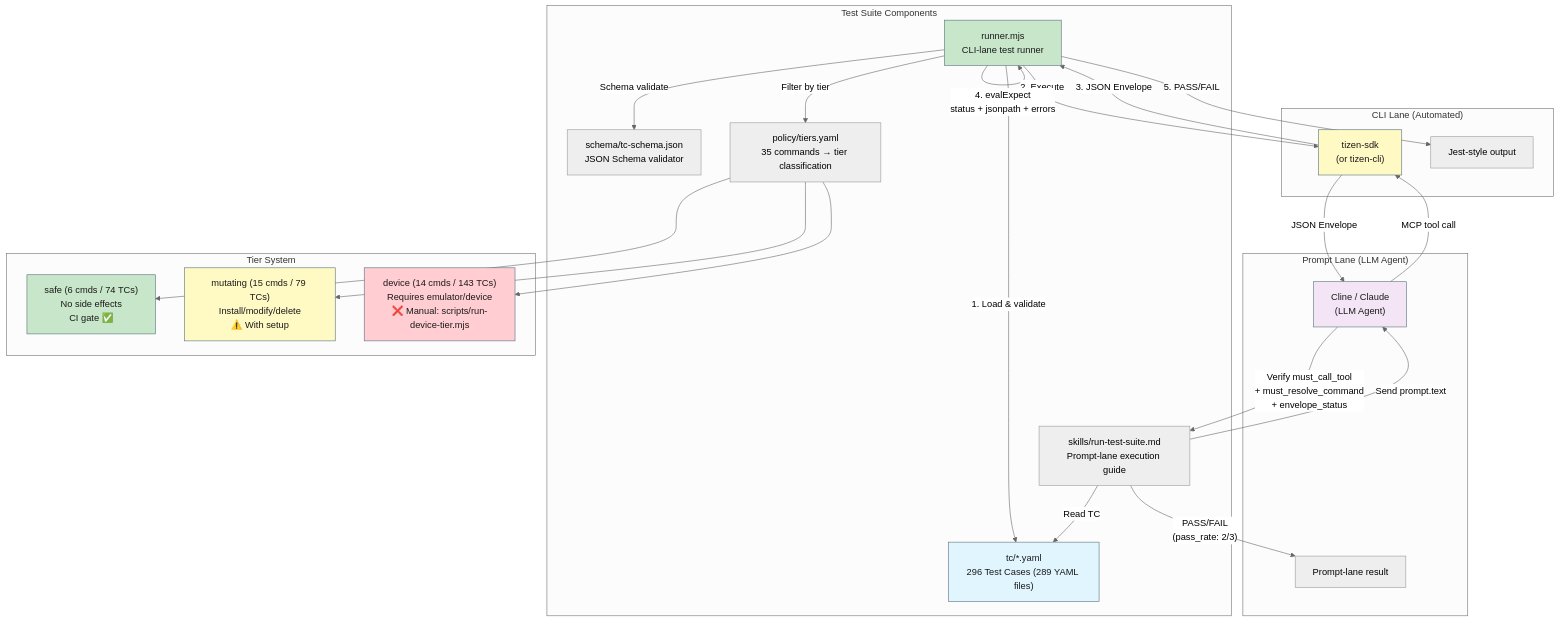
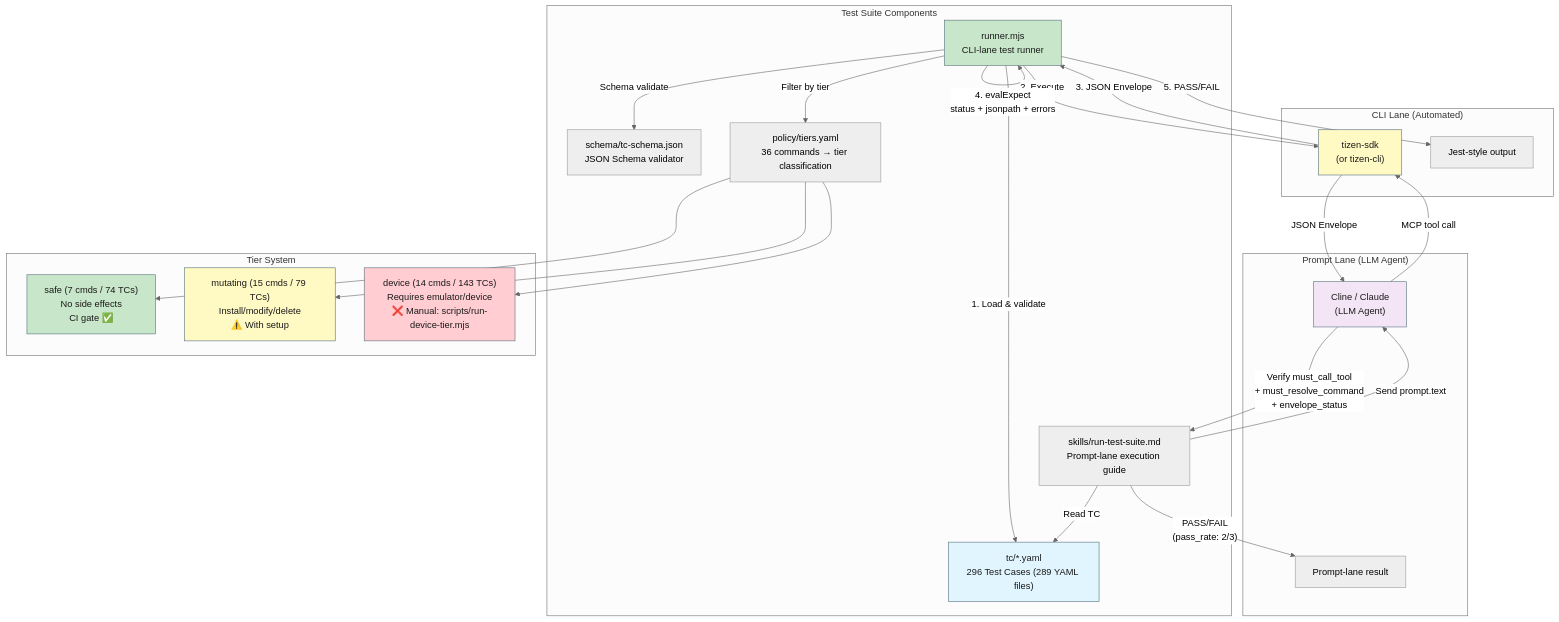
The first of 4 diagrams in tizen-sdk-skills/tests/README.md (Samsung/tizen-agent-skills), drawn with Mermaid (neutral theme) before and after one commit. The commit also changed other lines of this file and 40 other files, not shown here.

````diff
--- a/tizen-sdk-skills/tests/README.md
+++ b/tizen-sdk-skills/tests/README.md
@@ -11,46 +11,46 @@
 ```mermaid
 graph TB
     subgraph "Test Suite Components"
         TC["tc/*.yaml<br/>296 Test Cases (289 YAML files)"]
         SCHEMA["schema/tc-schema.json<br/>JSON Schema validator"]
-        POLICY["policy/tiers.yaml<br/>35 commands → tier classification"]
+        POLICY["policy/tiers.yaml<br/>36 commands → tier classification"]
         RUNNER["runner.mjs<br/>CLI-lane test runner"]
         SKILLS["skills/run-test-suite.md<br/>Prompt-lane execution guide"]
     end
 
     subgraph "CLI Lane (Automated)"
         RUNNER -->|"1. Load & validate"| TC
         RUNNER -->|"Schema validate"| SCHEMA
         RUNNER -->|"Filter by tier"| POLICY
         RUNNER -->|"2. Execute"| PLUGIN["tizen-sdk<br/>(or tizen-cli)"]
         PLUGIN -->|"3. JSON Envelope"| RUNNER
         RUNNER -->|"4. evalExpect<br/>status + jsonpath + errors"| RUNNER
         RUNNER -->|"5. PASS/FAIL"| RESULT["Jest-style output"]
     end
 
     subgraph "Prompt Lane (LLM Agent)"
         SKILLS -->|"Read TC"| TC
         SKILLS -->|"Send prompt.text"| LLM["Cline / Claude<br/>(LLM Agent)"]
         LLM -->|"MCP tool call"| PLUGIN
         PLUGIN -->|"JSON Envelope"| LLM
         LLM -->|"Verify must_call_tool<br/>+ must_resolve_command<br/>+ envelope_status"| SKILLS
         SKILLS -->|"PASS/FAIL<br/>(pass_rate: 2/3)"| RESULT2["Prompt-lane result"]
     end
 
     subgraph "Tier System"
-        SAFE["safe (6 cmds / 74 TCs)<br/>No side effects<br/>CI gate ✅"]
+        SAFE["safe (7 cmds / 74 TCs)<br/>No side effects<br/>CI gate ✅"]
         MUTATING["mutating (15 cmds / 79 TCs)<br/>Install/modify/delete<br/>⚠️ With setup"]
         DEVICE["device (14 cmds / 143 TCs)<br/>Requires emulator/device<br/>❌ Manual: scripts/run-device-tier.mjs"]
         POLICY --> SAFE
         POLICY --> MUTATING
         POLICY --> DEVICE
     end
 
     style TC fill:#e1f5fe,stroke:#546e7a,color:#1a1a1a
     style RUNNER fill:#c8e6c9,stroke:#546e7a,color:#1a1a1a
     style PLUGIN fill:#fff9c4,stroke:#546e7a,color:#1a1a1a
     style LLM fill:#f3e5f5,stroke:#546e7a,color:#1a1a1a
     style SAFE fill:#c8e6c9,stroke:#546e7a,color:#1a1a1a
     style MUTATING fill:#fff9c4,stroke:#546e7a,color:#1a1a1a
     style DEVICE fill:#ffcdd2,stroke:#546e7a,color:#1a1a1a
 ```
````
